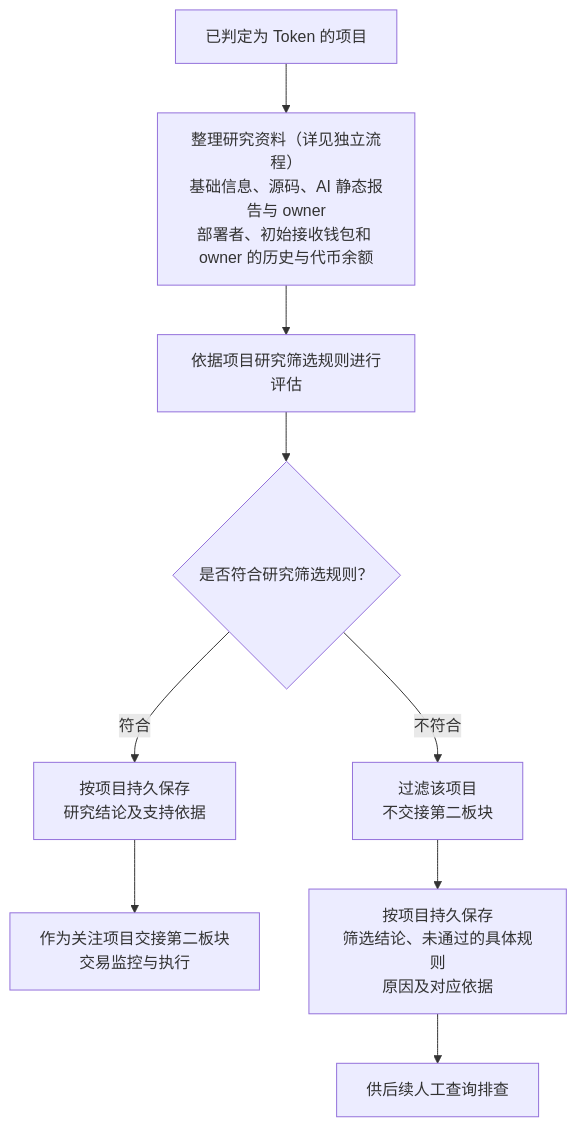
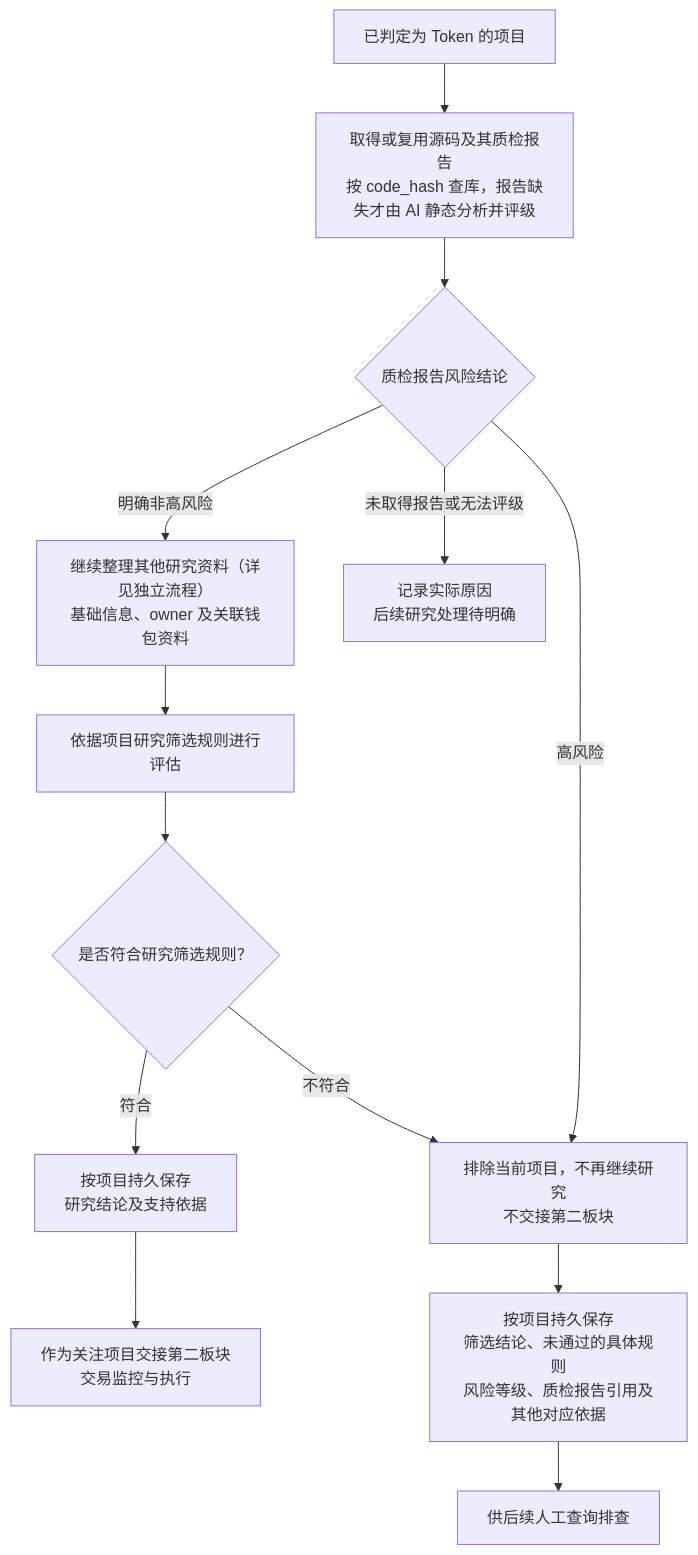
The diagram in docs/project/token-research-flow.md (useryege/athena-o), drawn with Mermaid before and after one commit. The commit also changed other lines of this file and 7 other files, not shown here.

````diff
--- a/docs/project/token-research-flow.md
+++ b/docs/project/token-research-flow.md
@@ -11,11 +11,15 @@
 ```mermaid
 flowchart TD
-    token["已判定为 Token 的项目"] --> materials["整理研究资料（详见独立流程）<br/>基础信息、源码、AI 静态报告与 owner<br/>部署者、初始接收钱包和 owner 的历史与代币余额"]
+    token["已判定为 Token 的项目"] --> review["取得或复用源码及其质检报告<br/>按 code_hash 查库，报告缺失才由 AI 静态分析并评级"]
+    review --> risk{"质检报告风险结论"}
+    risk -->|高风险| excluded["排除当前项目，不再继续研究<br/>不交接第二板块"]
+    risk -->|明确非高风险| materials["继续整理其他研究资料（详见独立流程）<br/>基础信息、owner 及关联钱包资料"]
+    risk -->|未取得报告或无法评级| unresolved["记录实际原因<br/>后续研究处理待明确"]
     materials --> research["依据项目研究筛选规则进行评估"]
     research --> decision{"是否符合研究筛选规则？"}
     decision -->|"符合"| accepted["按项目持久保存<br/>研究结论及支持依据"]
     accepted --> handoff["作为关注项目交接第二板块<br/>交易监控与执行"]
-    decision -->|"不符合"| excluded["过滤该项目<br/>不交接第二板块"]
-    excluded --> reasons["按项目持久保存<br/>筛选结论、未通过的具体规则<br/>原因及对应依据"]
+    decision -->|"不符合"| excluded
+    excluded --> reasons["按项目持久保存<br/>筛选结论、未通过的具体规则<br/>风险等级、质检报告引用及其他对应依据"]
     reasons --> inspect["供后续人工查询排查"]
 ```
````
